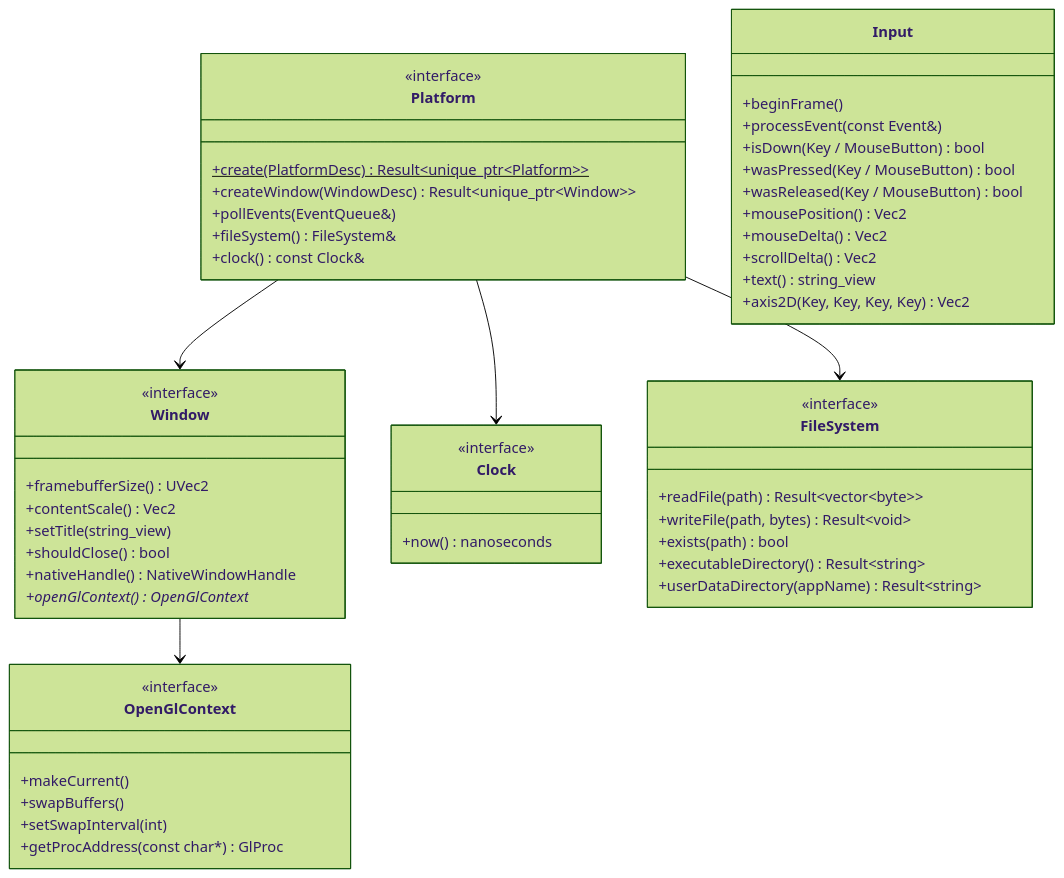
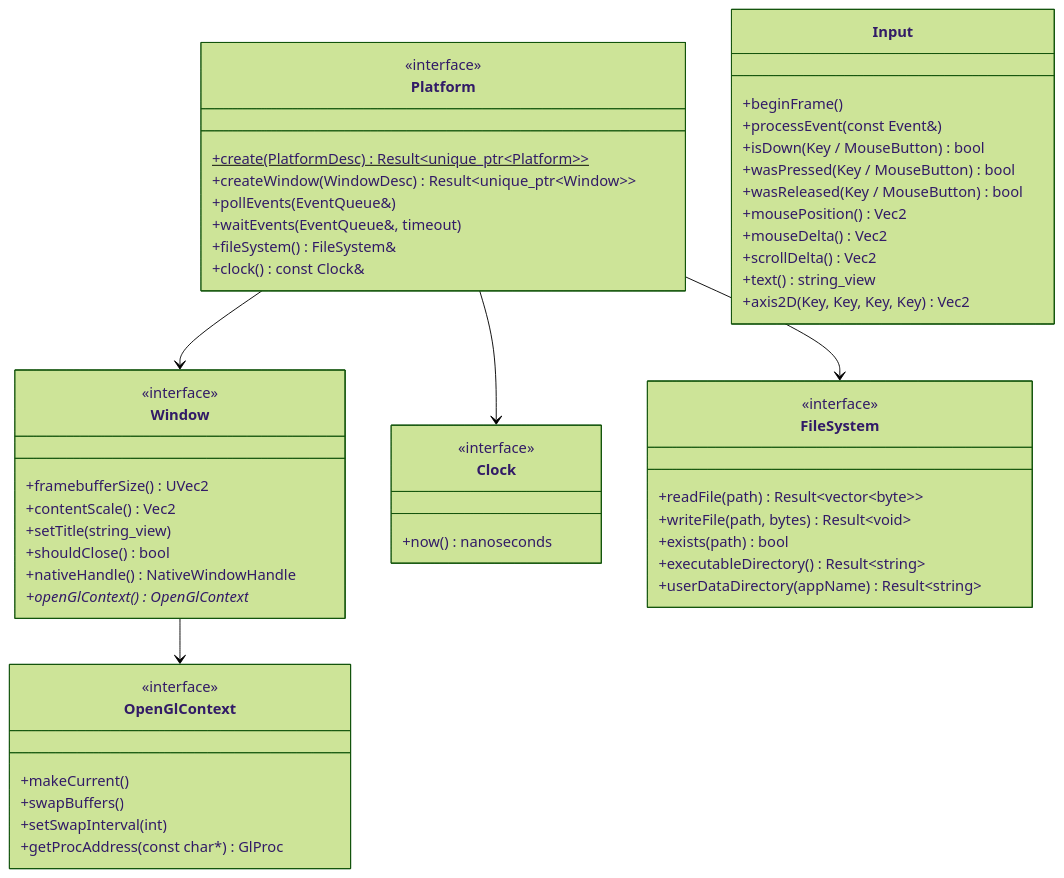
One commit to fyernald/teserra changed the diagram in docs/architecture/platform-abstraction.md. Above: the diagram before and after it, drawn with Mermaid (forest theme). The commit also changed other lines of this file and 9 other files, not shown here.

First line of the commit message:
feat(engine): wait for events instead of busy-looping while the window is minimized (#225)

````diff
--- a/docs/architecture/platform-abstraction.md
+++ b/docs/architecture/platform-abstraction.md
@@ -21,55 +21,56 @@
 ```mermaid
 classDiagram
     class Platform {
         <<interface>>
         +create(PlatformDesc) Result~unique_ptr~Platform~~$
         +createWindow(WindowDesc) Result~unique_ptr~Window~~
         +pollEvents(EventQueue&)
+        +waitEvents(EventQueue&, timeout)
         +fileSystem() FileSystem&
         +clock() const Clock&
     }
     class Window {
         <<interface>>
         +framebufferSize() UVec2
         +contentScale() Vec2
         +setTitle(string_view)
         +shouldClose() bool
         +nativeHandle() NativeWindowHandle
         +openGlContext() OpenGlContext*
     }
     class OpenGlContext {
         <<interface>>
         +makeCurrent()
         +swapBuffers()
         +setSwapInterval(int)
         +getProcAddress(const char*) GlProc
     }
     class Input {
         +beginFrame()
         +processEvent(const Event&)
         +isDown(Key / MouseButton) bool
         +wasPressed(Key / MouseButton) bool
         +wasReleased(Key / MouseButton) bool
         +mousePosition() Vec2
         +mouseDelta() Vec2
         +scrollDelta() Vec2
         +text() string_view
         +axis2D(Key, Key, Key, Key) Vec2
     }
     class Clock {
         <<interface>>
         +now() nanoseconds
     }
     class FileSystem {
         <<interface>>
         +readFile(path) Result~vector~byte~~
         +writeFile(path, bytes) Result~void~
         +exists(path) bool
         +executableDirectory() Result~string~
         +userDataDirectory(appName) Result~string~
     }
     Platform --> Window
     Window --> OpenGlContext
     Platform --> FileSystem
     Platform --> Clock
 ```
````
